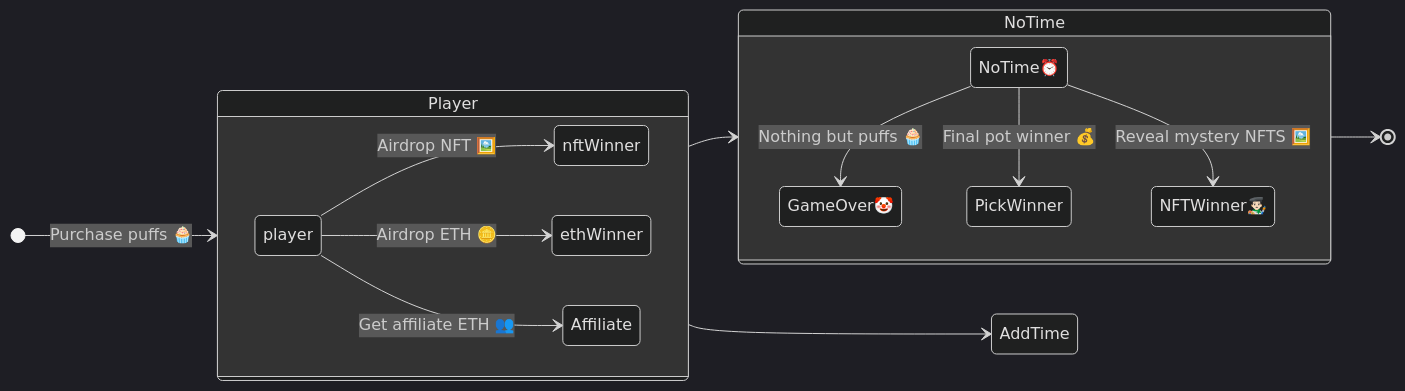
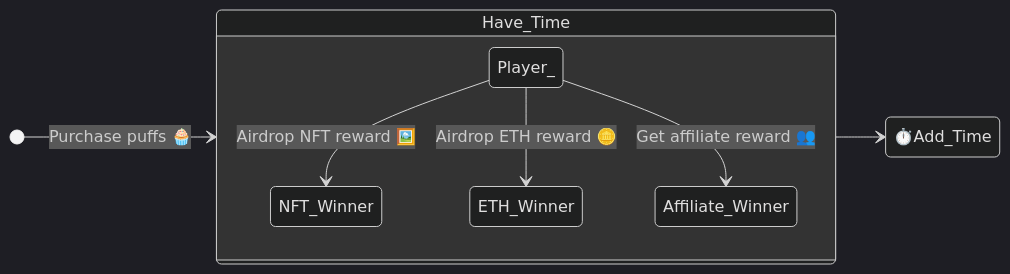
The first of 4 diagrams in README.md (kryan19k/FoMoXD), drawn with Mermaid (dark theme) before and after one commit. The commit also changed other lines of this file and 12 other files, not shown here.

````diff
--- a/README.md
+++ b/README.md
@@ -55,20 +55,11 @@
 ```mermaid
 stateDiagram
     direction LR
-    [*] --> Player: Purchase puffs 🧁
-    state Player {
-      direction LR
-      player --> nftWinner: Airdrop NFT 🖼️
-      player --> ethWinner: Airdrop ETH 🪙
-      player --> Affiliate: Get affiliate ETH 👥
+    [*] --> Have_Time: Purchase puffs 🧁
+    state Have_Time {
+      Player_ --> NFT_Winner: Airdrop NFT reward 🖼️
+      Player_ --> ETH_Winner: Airdrop ETH reward 🪙
+      Player_ --> Affiliate_Winner: Get affiliate reward 👥
     }
-    Player --> NoTime
-    Player --> AddTime
-    state NoTime{
-      NoTime⏰  --> GameOver🤡: Nothing but puffs 🧁
-      NoTime⏰  --> PickWinner: Final pot winner 💰
-      NoTime⏰  --> NFTWinner👨🏻‍🎨: Reveal mystery NFTS 🖼️
-    }
-    AddTime
-    NoTime --> [*]
+    Have_Time --> ⏱️Add_Time
 ```
````
